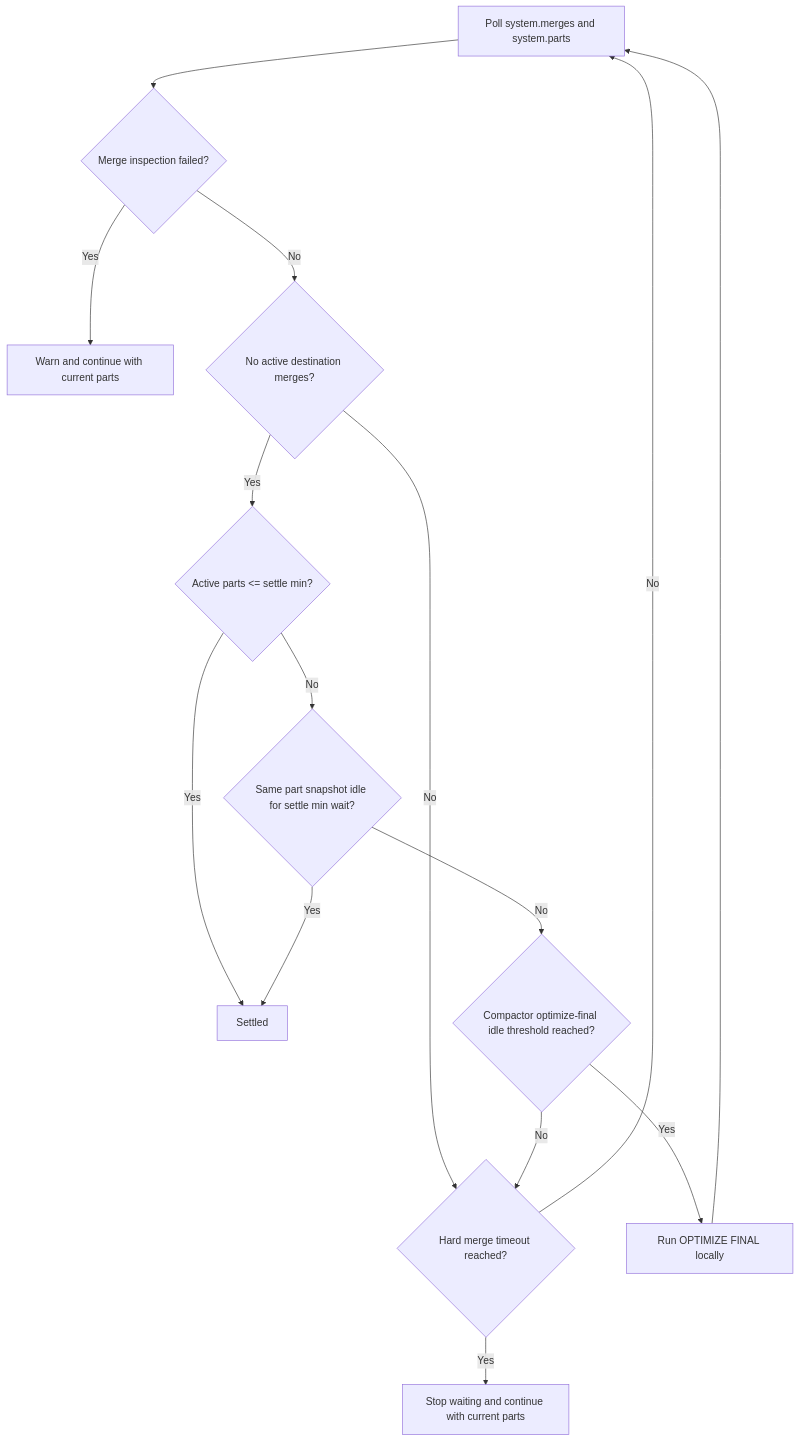
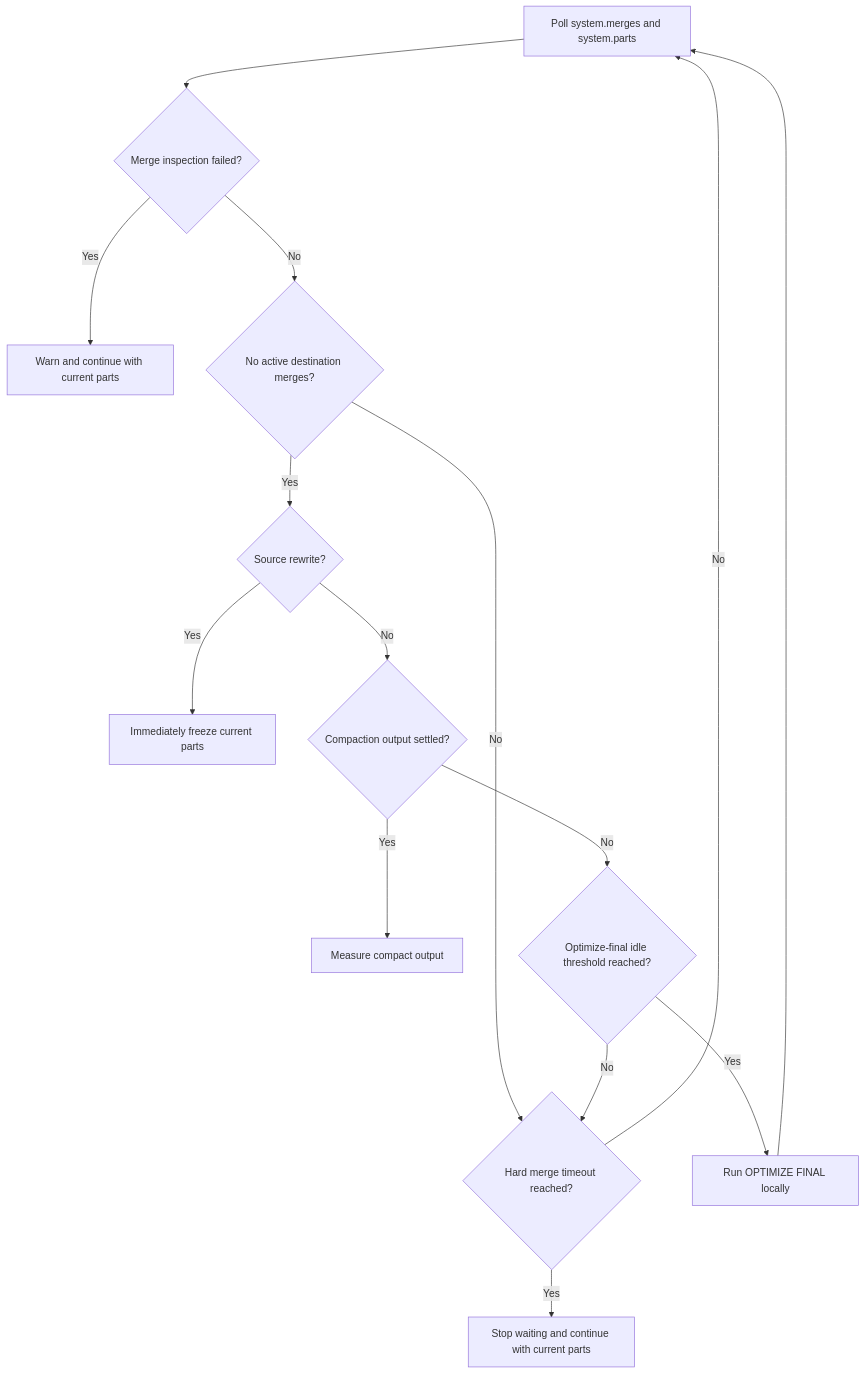
The third of 3 diagrams in docs/rewrite-flow.md (PostHog/partforge), drawn with Mermaid before and after one commit. The commit also changed other lines of this file and 5 other files, not shown here.

Commit message:
Stop idle source merge waits

````diff
--- a/docs/rewrite-flow.md
+++ b/docs/rewrite-flow.md
@@ -77,17 +77,17 @@
 ```mermaid
 graph TD
     A[Poll system.merges and system.parts] --> B{Merge inspection failed?}
     B -- Yes --> C[Warn and continue with current parts]
     B -- No --> D{No active destination merges?}
     D -- No --> E{Hard merge timeout reached?}
     E -- No --> A
     E -- Yes --> F[Stop waiting and continue with current parts]
-    D -- Yes --> G{Active parts <= settle min?}
-    G -- Yes --> H[Settled]
-    G -- No --> I{Same part snapshot idle for settle min wait?}
-    I -- No --> J{Compactor optimize-final idle threshold reached?}
-    J -- Yes --> K[Run OPTIMIZE FINAL locally]
-    K --> A
-    J -- No --> E
-    I -- Yes --> H
+    D -- Yes --> G{Source rewrite?}
+    G -- Yes --> H[Immediately freeze current parts]
+    G -- No --> I{Compaction output settled?}
+    I -- Yes --> J[Measure compact output]
+    I -- No --> K{Optimize-final idle threshold reached?}
+    K -- Yes --> L[Run OPTIMIZE FINAL locally]
+    L --> A
+    K -- No --> E
 ```
````
